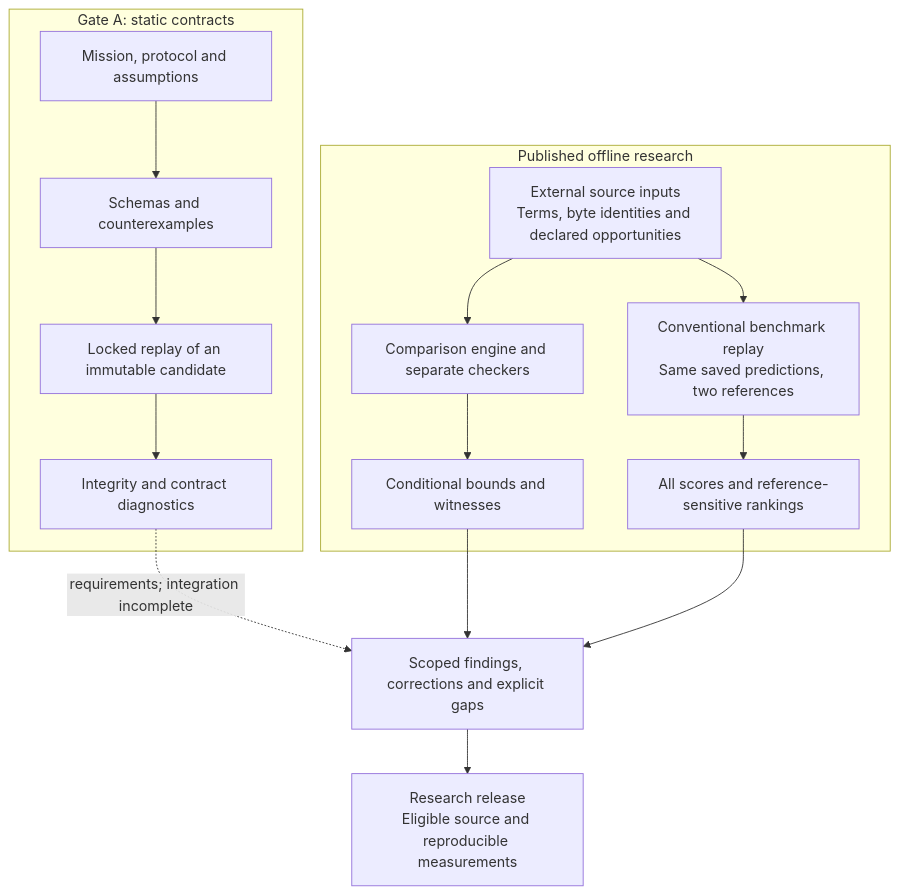
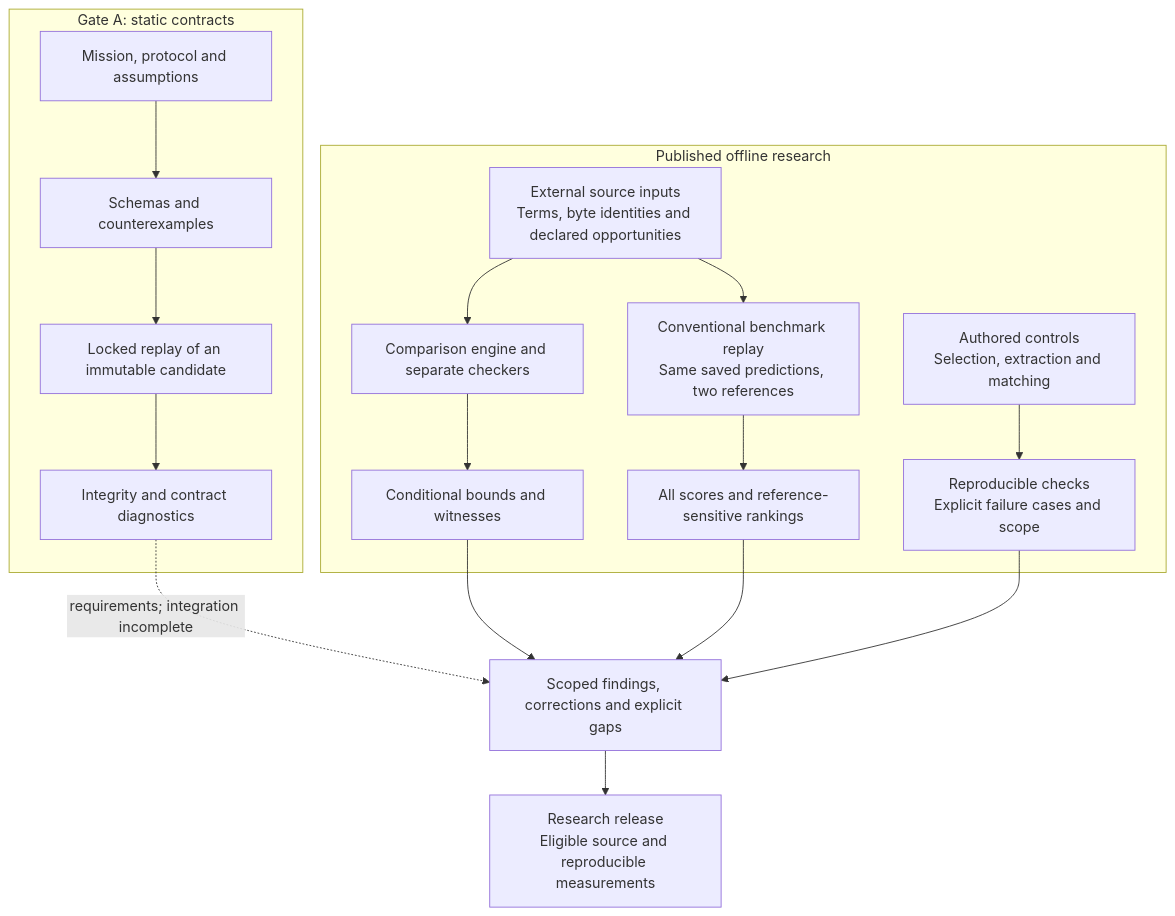
One commit to manfromnowhere143/reiyah changed the sixth of 7 diagrams in README.md. Above: the diagram before and after it, drawn with Mermaid. The commit also changed other lines of this file and 11 other files, not shown here.

Commit message:
Update research narrative, diagrams and session brief

````diff
--- a/README.md
+++ b/README.md
@@ -289,18 +321,20 @@
 ```mermaid
 flowchart TB
   subgraph CONTRACT["Gate A: static contracts"]
     M["Mission, protocol and assumptions"] --> F["Schemas and counterexamples"]
     F --> L["Locked replay of an immutable candidate"]
     L --> I["Integrity and contract diagnostics"]
   end
   subgraph RESEARCH["Published offline research"]
     D["External source inputs<br/>Terms, byte identities and declared opportunities"] --> X["Comparison engine and separate checkers"]
     D --> B["Conventional benchmark replay<br/>Same saved predictions, two references"]
     X --> T["Conditional bounds and witnesses"]
     B --> R["All scores and reference-sensitive rankings"]
+    A["Authored controls<br/>Selection, extraction and matching"] --> G["Reproducible checks<br/>Explicit failure cases and scope"]
   end
   I -. "requirements; integration incomplete" .-> C["Scoped findings, corrections and explicit gaps"]
   T --> C
   R --> C
+  G --> C
   C --> P["Research release<br/>Eligible source and reproducible measurements"]
 ```
````
